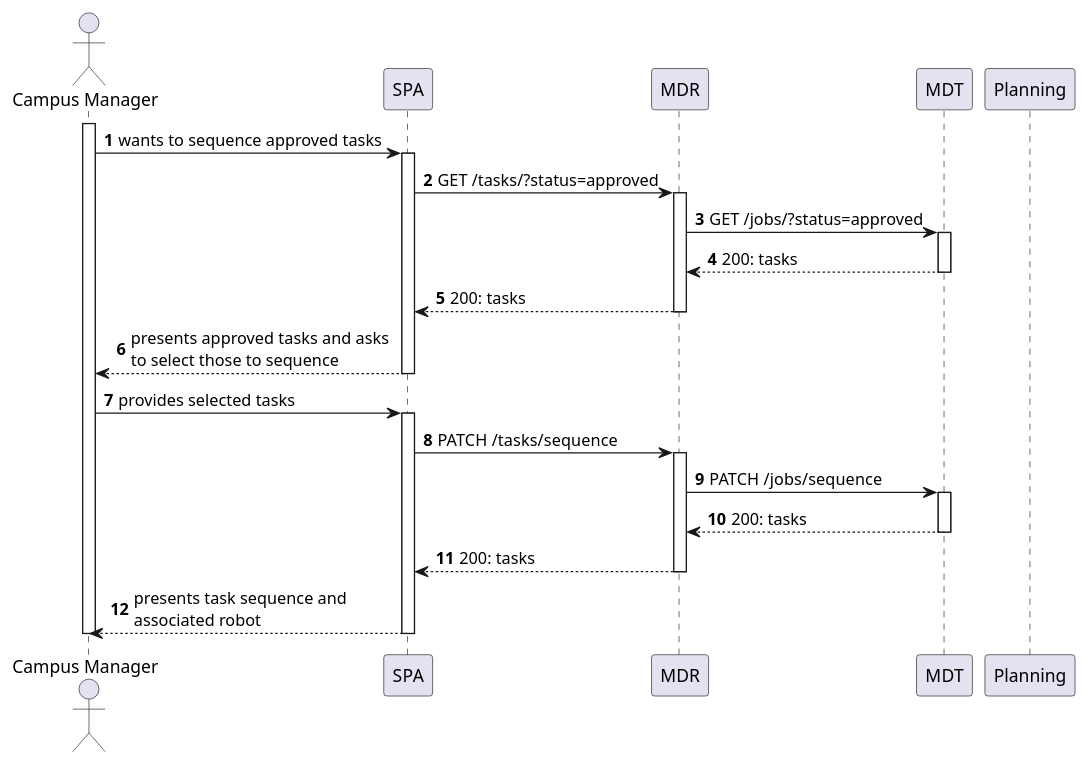
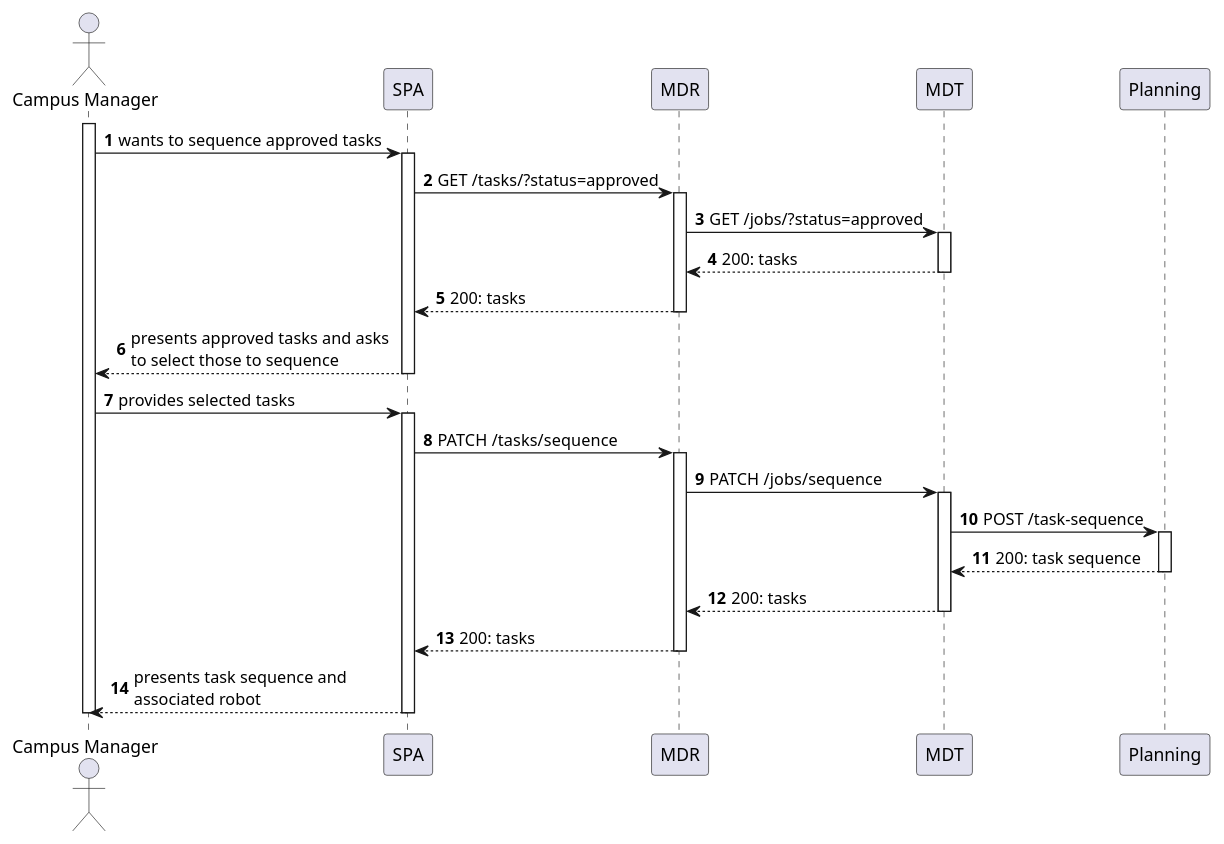
The diagram in docs/us500/level2/process-view.puml (Departamento-de-Engenharia-Informatica/lapr5-23-24-g19), drawn with PlantUML before and after one commit. The commit also changed 1 other file, not shown here.

```diff
--- a/docs/us500/level2/process-view.puml
+++ b/docs/us500/level2/process-view.puml
@@ -1,104 +1,42 @@
 @startuml
 autonumber
 
 actor "Campus Manager" as usr
 
 participant "SPA" as ui
 participant "MDR" as mdr
 participant "MDT" as mdt
 participant "Planning" as plan
 
 activate usr
     usr -> ui : wants to sequence approved tasks
     activate ui
         ui -> mdr : GET /tasks/?status=approved
         activate mdr
             mdr -> mdt : GET /jobs/?status=approved
             activate mdt
                 mdt --> mdr : 200: tasks
             deactivate mdt
             mdr --> ui : 200: tasks
         deactivate mdr
         ui --> usr : presents approved tasks and asks \nto select those to sequence
     deactivate ui
 
     usr -> ui : provides selected tasks
     activate ui
         ui -> mdr : PATCH /tasks/sequence
         activate mdr
             mdr -> mdt : PATCH /jobs/sequence
             activate mdt
-
+                mdt -> plan : POST /task-sequence
+                activate plan
+                    plan --> mdt : 200: task sequence
+                deactivate plan
                 mdt --> mdr : 200: tasks
             deactivate mdt
             mdr --> ui : 200: tasks
         deactivate mdr
         ui --> usr : presents task sequence and \nassociated robot
     deactivate ui
-
 deactivate usr
-
-' activate usr
-' usr -> ui : wants to register a new task
-'     activate ui
-'         ui -> mdr : GET /buildings
-'     alt building(s) not found
-'             activate mdr
-'                 note right : see us170 documentation
-'                 mdr --> ui : 404: error
-'                 ui --> usr : informs error
-'
-'     else building(s) found
-'             mdr --> ui : 200: buildings
-'             deactivate mdr
-'
-'             ui --> usr : requests pickup and delivery buildings
-'             deactivate ui
-'
-'             usr -> ui : provides buildings
-'             activate ui
-'                 ui -> mdr : GET /floors
-'                 activate mdr
-'                 note right : see us210 documentation
-'                     mdr --> ui : 200: floors
-'                 deactivate mdr
-'
-'                 ui --> usr : requests pickup and delivery floors
-'             deactivate ui
-'
-'             usr -> ui : provides floors
-'             activate ui
-'                 ui -> mdr : GET /rooms
-'                 activate mdr
-'                     note right : see us320 documentation
-'                     mdr --> ui : 200: rooms
-'                 deactivate mdr
-'                 ui --> usr : requests pickup and delivery rooms
-'             deactivate ui
-'
-'             usr -> ui : provides rooms
-'             activate ui
-'                 ui --> usr : requests task details
-'             deactivate ui
-'
-'             usr -> ui : provides task details
-'         activate ui
-'             ui -> mdr : POST /task/delivery
-'             activate mdr
-'                 mdr -> mdt : POST /jobs
-'                 activate mdt
-'                     alt success
-'                         mdt --> mdr : 201: task
-'                         mdr --> ui : 201: task
-'                         ui --> usr : task
-'                     else task not created
-'                         mdt --> mdr : 404: error
-'                         mdr --> ui : 404: error
-'                         ui --> usr : informs error
-'                 deactivate mdt
-'             deactivate mdr
-'     deactivate ui
-' deactivate usr
-' end
-' end
 @enduml
```
